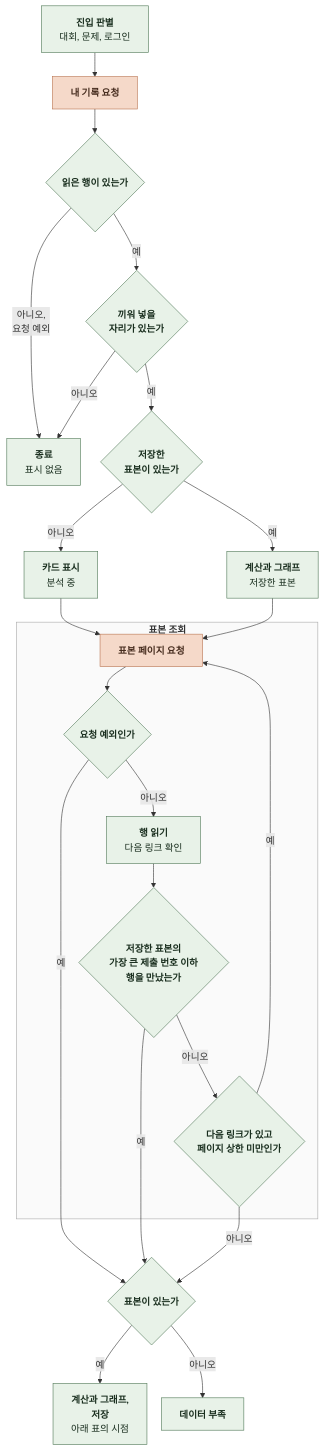
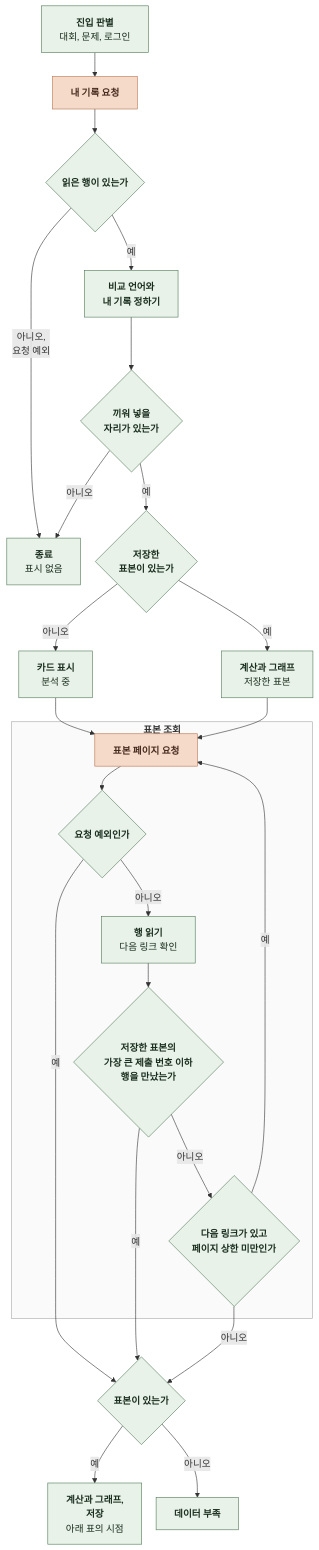
Before and after one commit to kangkyunghyun/boj-performance: the diagram in docs/spec/4-4-EXECUTION.md, drawn with Mermaid. The commit also changed other lines of this file and 13 other files, not shown here.

````diff
--- a/docs/spec/4-4-EXECUTION.md
+++ b/docs/spec/4-4-EXECUTION.md
@@ -9,44 +9,46 @@
 ```mermaid
 %%{init: {"flowchart": {"curve": "basis", "nodeSpacing": 24, "rankSpacing": 40}}}%%
 flowchart TD
     A["`**진입 판별**
 대회, 문제, 로그인`"] --> M["`**내 기록 요청**`"]
     M --> MH{"`**읽은 행이 있는가**`"}
     MH -->|"`아니오,
 요청 예외`"| Z["`**종료**
 표시 없음`"]
-    MH -->|예| I{"`**끼워 넣을
+    MH -->|예| V["`**비교 언어와
+내 기록 정하기**`"]
+    V --> I{"`**끼워 넣을
 자리가 있는가**`"}
     I -->|아니오| Z
     I -->|예| C{"`**저장한
 표본이 있는가**`"}
     C -->|아니오| K["`**카드 표시**
 분석 중`"]
     C -->|예| CD["`**계산과 그래프**
 저장한 표본`"]
     K --> S
     CD --> S
     subgraph LOOP["`**표본 조회**`"]
         S["`**표본 페이지 요청**`"] --> SE{"`**요청 예외인가**`"}
         SE -->|아니오| SR["`**행 읽기**
 다음 링크 확인`"]
         SR --> ST{"`**저장한 표본의
 가장 큰 제출 번호 이하
 행을 만났는가**`"}
         ST -->|아니오| SN{"`**다음 링크가 있고
 페이지 상한 미만인가**`"}
         SN -->|예| S
     end
     SE -->|예| N
     ST -->|예| N
     SN -->|아니오| N{"`**표본이 있는가**`"}
     N -->|예| D["`**계산과 그래프,
 저장**
 아래 표의 시점`"]
     N -->|아니오| F["`**데이터 부족**`"]
     classDef comp fill:#E8F2E8,stroke:#527A59,color:#182D1D
     classDef ext fill:#F5D9C9,stroke:#B97450,color:#452B1D
-    class A,MH,I,C,K,CD,SE,SR,ST,SN,N,D,F,Z comp
+    class A,MH,V,I,C,K,CD,SE,SR,ST,SN,N,D,F,Z comp
     class M,S ext
     style LOOP fill:#FAFAFA,stroke:#AAAAAA
 ```
````
